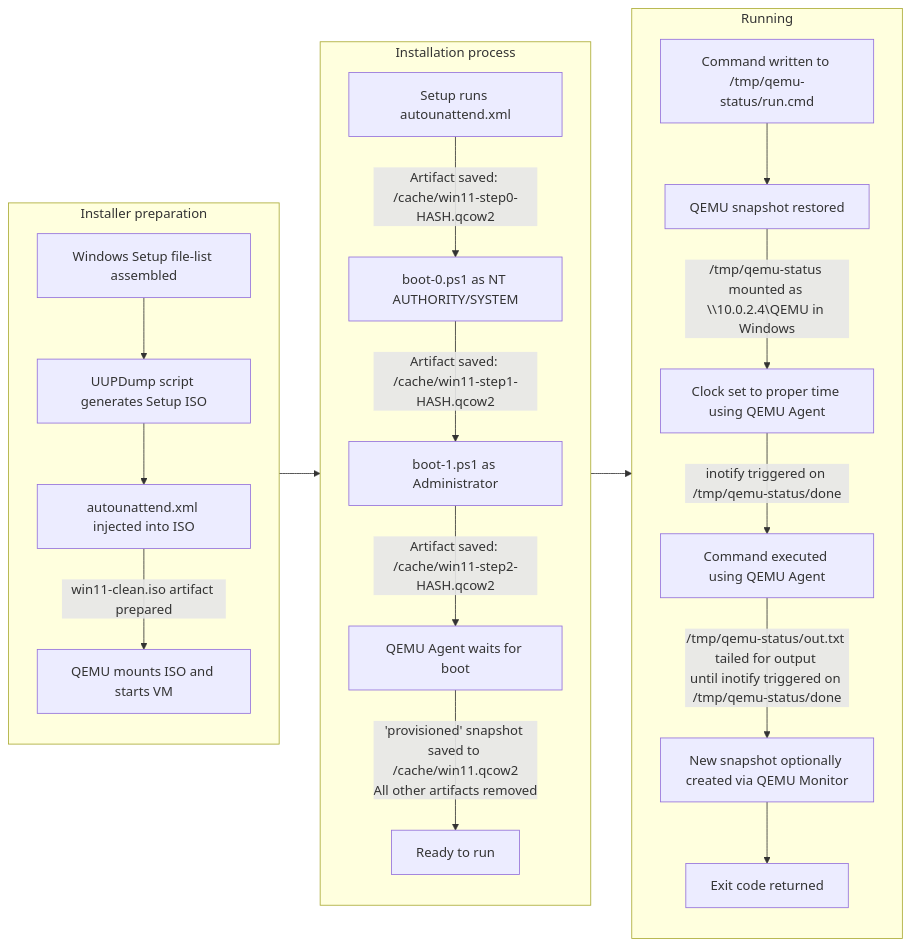
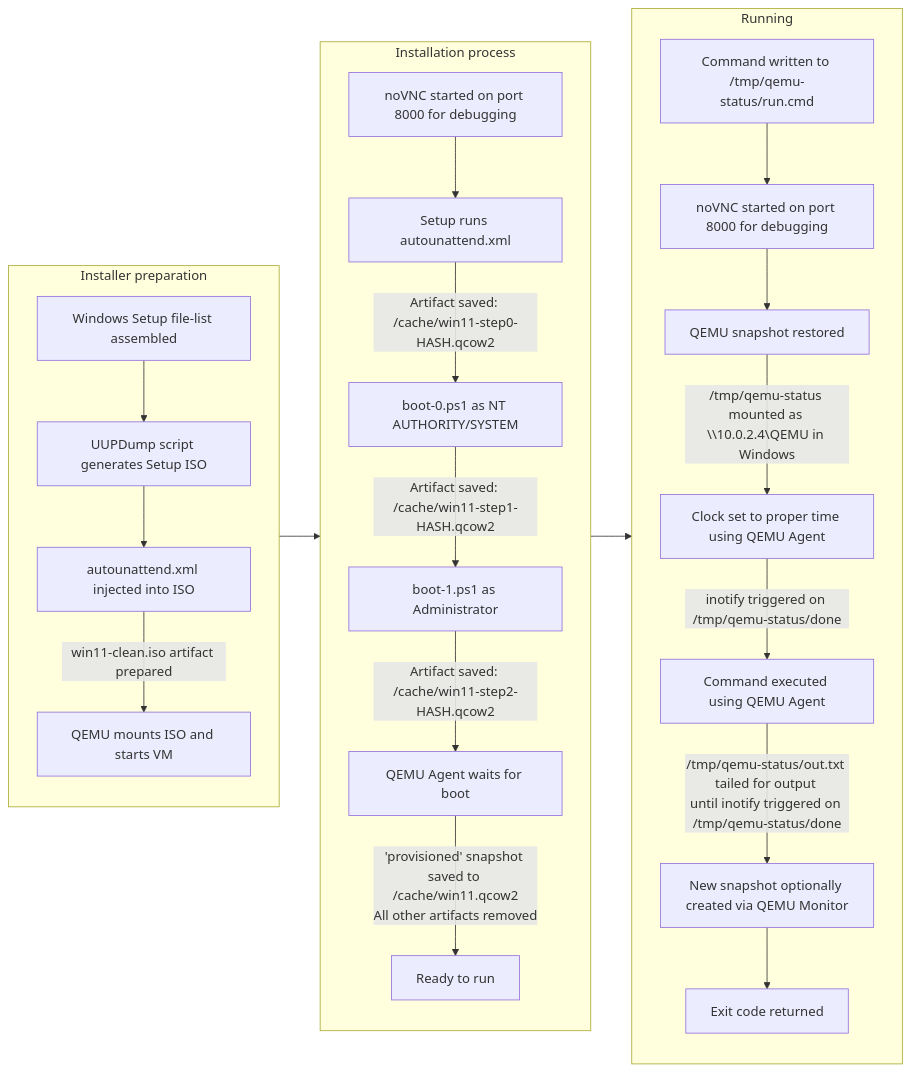
The first of 5 diagrams in README.md (lg/osrun), drawn with Mermaid before and after one commit. The commit also changed other lines of this file and 3 other files, not shown here.

````diff
--- a/README.md
+++ b/README.md
@@ -45,41 +53,45 @@
 ```mermaid
 flowchart LR
   subgraph Z["Installer preparation"]
     A["Windows Setup file-list assembled"]
     -->
     A1["UUPDump script generates Setup ISO"]
     -->
     A2["autounattend.xml injected into ISO"]
     --"win11-clean.iso artifact prepared"-->
     A3["QEMU mounts ISO and starts VM"]
   end
 
   subgraph ZA["Installation process"]
+    B-1["noVNC started on port 8000 for debugging"]
+    -->
     B["Setup runs autounattend.xml"]
     --Artifact saved: /cache/win11-step0-HASH.qcow2-->
     B1["boot-0.ps1 as NT AUTHORITY/SYSTEM"]
     --Artifact saved: /cache/win11-step1-HASH.qcow2-->
     B2["boot-1.ps1 as Administrator"]
     --Artifact saved: /cache/win11-step2-HASH.qcow2-->
     B3["QEMU Agent waits for boot"]
     --'provisioned' snapshot saved to /cache/win11.qcow2\nAll other artifacts removed-->
     B4["Ready to run"]
   end
 
   subgraph ZB["Running"]
     C["Command written to /tmp/qemu-status/run.cmd"]
+    -->
+    C0["noVNC started on port 8000 for debugging"]
     -->
     C1["QEMU snapshot restored"]
     --/tmp/qemu-status mounted as \\10.0.2.4\QEMU in Windows-->
     C2["Clock set to proper time using QEMU Agent"]
     --inotify triggered on /tmp/qemu-status/done-->
     C3["Command executed using QEMU Agent"]
     --/tmp/qemu-status/out.txt tailed for output \nuntil inotify triggered on /tmp/qemu-status/done-->
     C4["New snapshot optionally created via QEMU Monitor"]
     -->
     C5["Exit code returned"]
   end
 
   Z-->ZA
   ZA-->ZB
 ```
````
